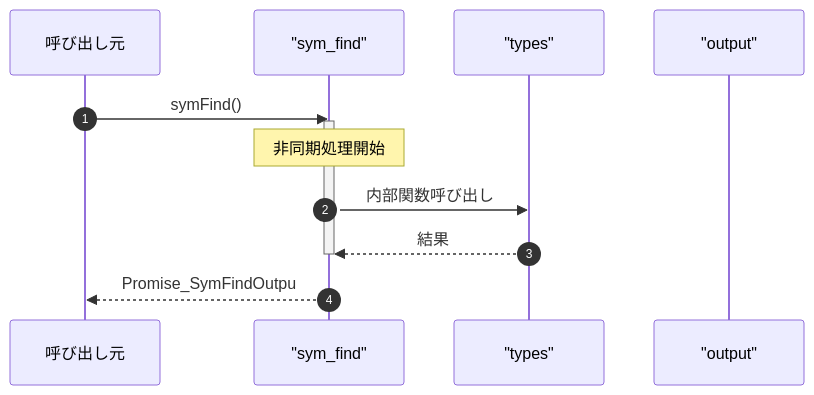
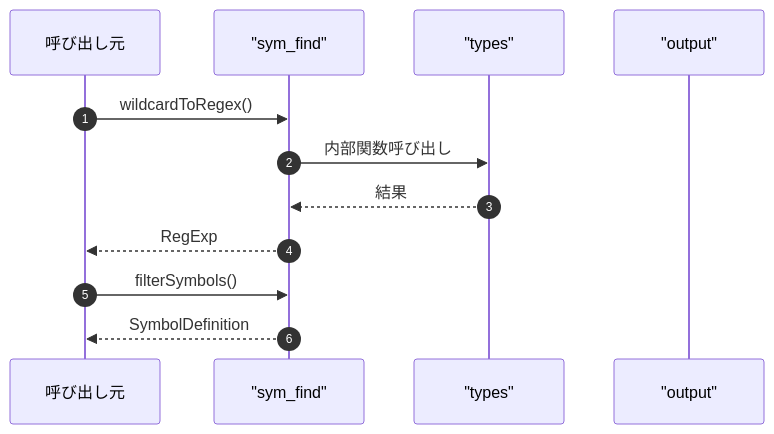
One commit to Mekann2904/mekann changed the third of 3 diagrams in ABDD/.pi/extensions/search/tools/sym_find.md. Above: the diagram before and after it, drawn with Mermaid. The commit also changed other lines of this file and 205 other files, not shown here.

````diff
--- a/ABDD/.pi/extensions/search/tools/sym_find.md
+++ b/ABDD/.pi/extensions/search/tools/sym_find.md
@@ -71,16 +74,16 @@
 ```mermaid
 sequenceDiagram
   autonumber
   participant Caller as 呼び出し元
   participant sym_find as "sym_find"
   participant types as "types"
   participant output as "output"
 
-  Caller->>sym_find: symFind()
-  activate sym_find
-  Note over sym_find: 非同期処理開始
+  Caller->>sym_find: wildcardToRegex()
   sym_find->>types: 内部関数呼び出し
   types-->>sym_find: 結果
-  deactivate sym_find
-  sym_find-->>Caller: Promise_SymFindOutpu
+  sym_find-->>Caller: RegExp
+
+  Caller->>sym_find: filterSymbols()
+  sym_find-->>Caller: SymbolDefinition
 ```
````
